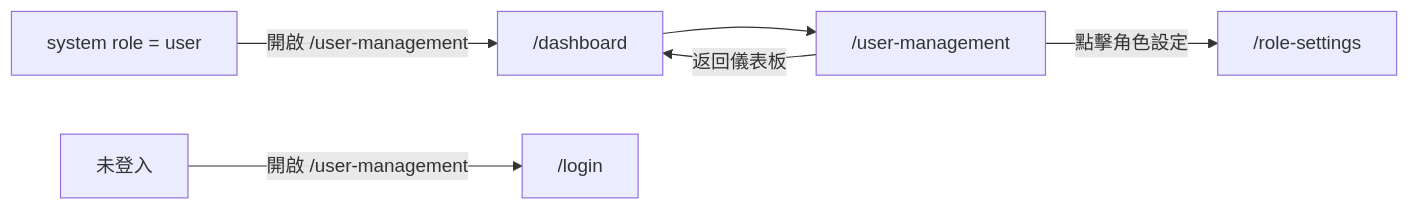
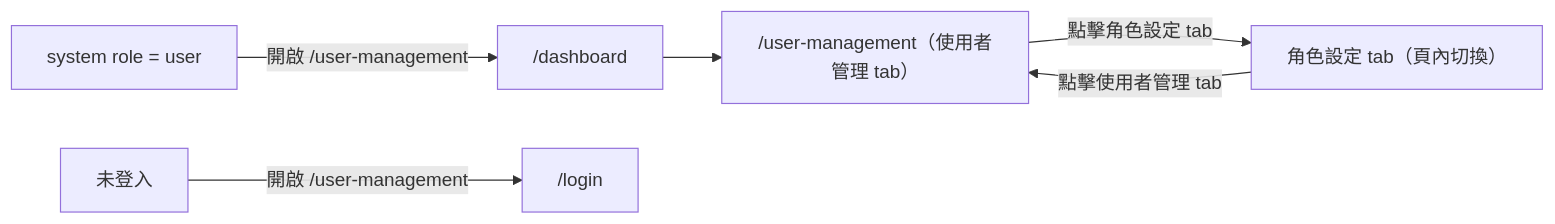
The second of 2 diagrams in specs/admin/006-user-management/spec.md (singyichen/label-suite), drawn with Mermaid before and after one commit. The commit also changed other lines of this file and 2 other files, not shown here.

First line of the commit message:
docs(admin): refactor user-management and role-settings to tab-based navigation

````diff
--- a/specs/admin/006-user-management/spec.md
+++ b/specs/admin/006-user-management/spec.md
@@ -192,8 +191,8 @@
 ```mermaid
 flowchart LR
-    dashboard["/dashboard"] --> um["/user-management"]
-    um -->|點擊角色設定| rs["/role-settings"]
-    um -->|返回儀表板| dashboard
+    dashboard["/dashboard"] --> um["/user-management（使用者管理 tab）"]
+    um -->|點擊角色設定 tab| rs["角色設定 tab（頁內切換）"]
+    rs -->|點擊使用者管理 tab| um
     userBlocked["system role = user"] -->|開啟 /user-management| dashboard
     guestBlocked["未登入"] -->|開啟 /user-management| login["/login"]
 ```
````
